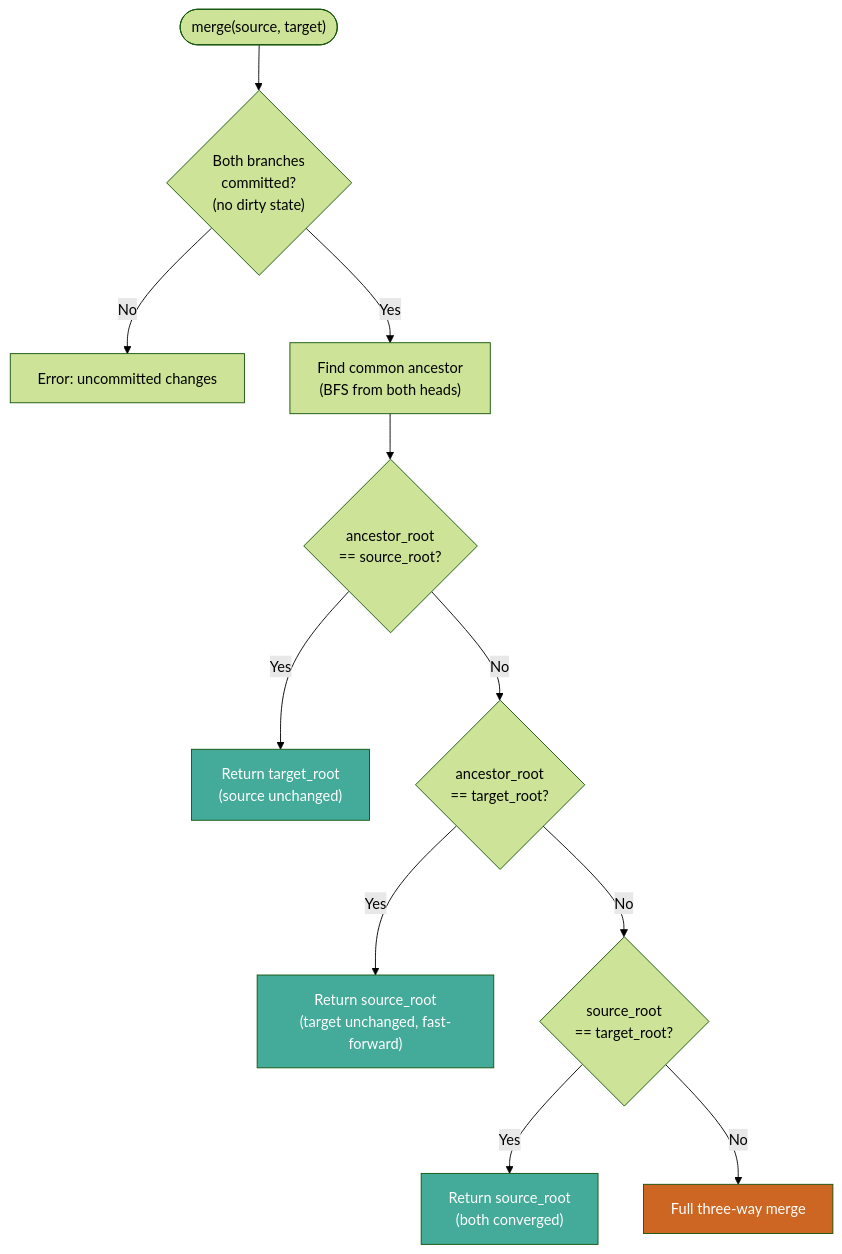
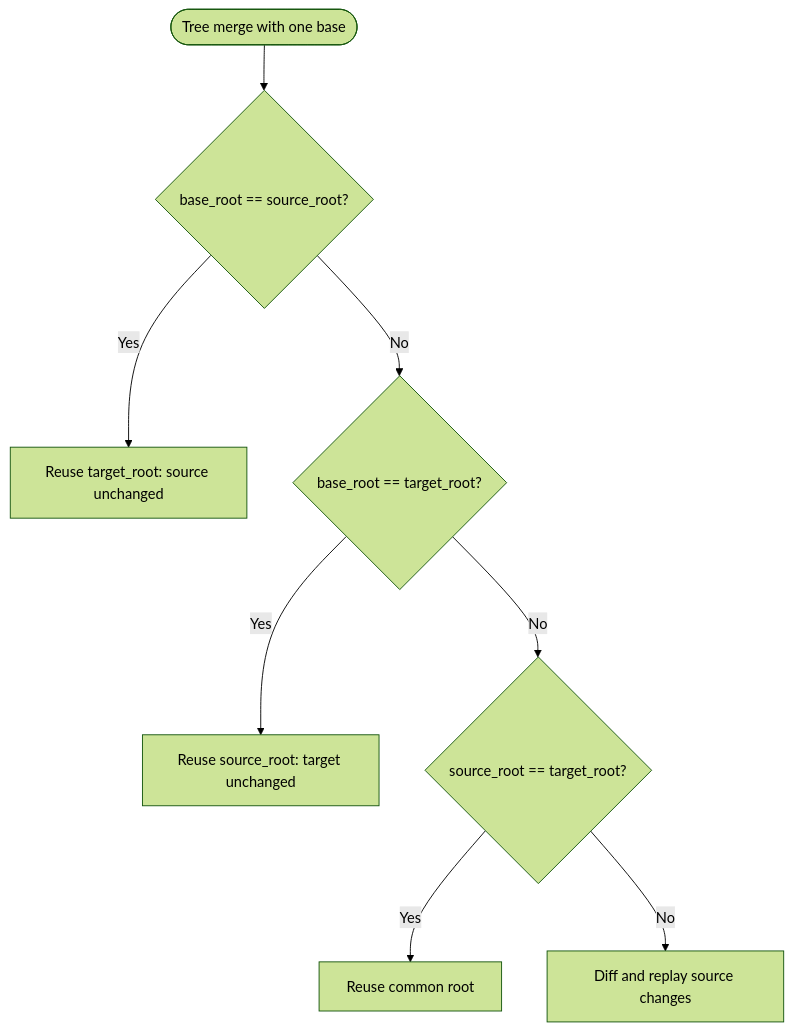
One commit to rust-util-collections/vsdb changed diagram 11 of 18 in strata/docs/versioned.md. Above: the diagram before and after it, drawn with Mermaid (forest theme). The commit also changed other lines of this file and 36 other files, not shown here.

````diff
--- a/strata/docs/versioned.md
+++ b/strata/docs/versioned.md
@@ -358,18 +366,10 @@
 ```mermaid
 flowchart TD
-    Start(["merge(source, target)"]) --> ChkDirty{"Both branches<br/>committed?<br/>(no dirty state)"}
-    ChkDirty -->|No| Err["Error: uncommitted changes"]
-    ChkDirty -->|Yes| FindAnc["Find common ancestor<br/>(BFS from both heads)"]
-    FindAnc --> FP1{"ancestor_root<br/>== source_root?"}
-    FP1 -->|Yes| KeepT["Return target_root<br/>(source unchanged)"]
-    FP1 -->|No| FP2{"ancestor_root<br/>== target_root?"}
-    FP2 -->|Yes| KeepS["Return source_root<br/>(target unchanged, fast-forward)"]
-    FP2 -->|No| FP3{"source_root<br/>== target_root?"}
-    FP3 -->|Yes| Same["Return source_root<br/>(both converged)"]
-    FP3 -->|No| Full["Full three-way merge"]
-
-    style KeepT fill:#4a9,color:#fff
-    style KeepS fill:#4a9,color:#fff
-    style Same fill:#4a9,color:#fff
-    style Full fill:#c62,color:#fff
+    Start(["Tree merge with one base"]) --> FP1{"base_root == source_root?"}
+    FP1 -->|Yes| KeepT["Reuse target_root: source unchanged"]
+    FP1 -->|No| FP2{"base_root == target_root?"}
+    FP2 -->|Yes| KeepS["Reuse source_root: target unchanged"]
+    FP2 -->|No| FP3{"source_root == target_root?"}
+    FP3 -->|Yes| Same["Reuse common root"]
+    FP3 -->|No| Full["Diff and replay source changes"]
 ```
````
